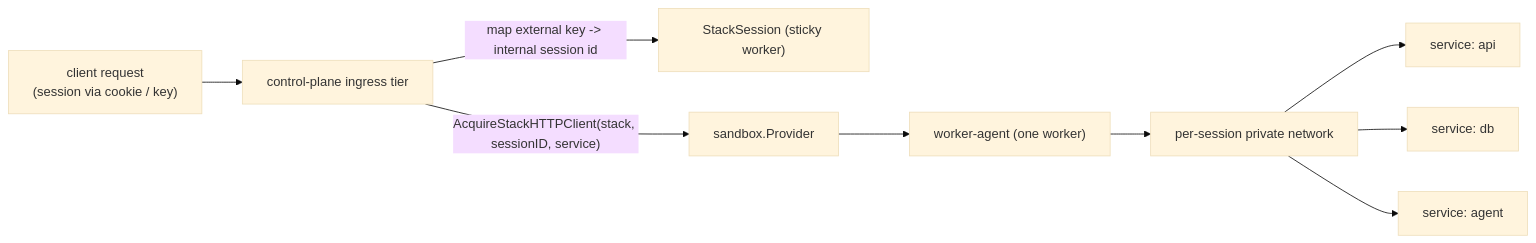
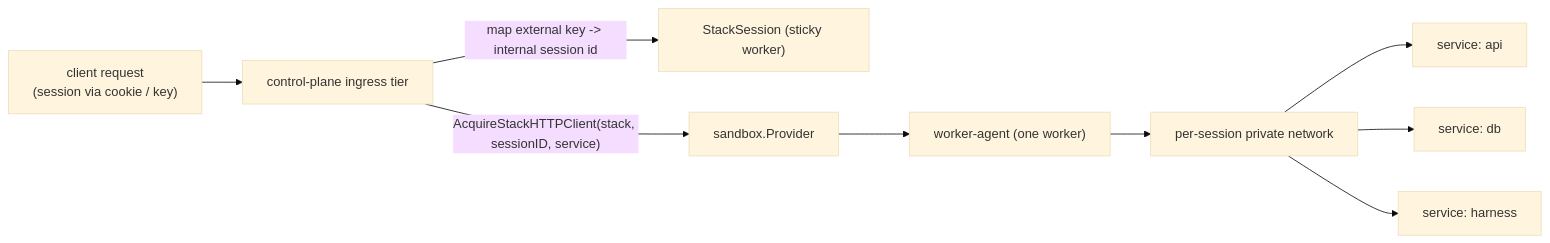
One commit to discobox-ai/discobox changed the first of 4 diagrams in docs/stacks.md. Above: the diagram before and after it, drawn with Mermaid (base theme). The commit also changed other lines of this file and 162 other files, not shown here.

First line of the commit message:
refactor: rename agent to harness for coding-CLI configuration

````diff
--- a/docs/stacks.md
+++ b/docs/stacks.md
@@ -20,11 +20,11 @@
 ```mermaid
 flowchart LR
     client["client request\n(session via cookie / key)"] --> ingress["control-plane ingress tier"]
     ingress -->|"map external key -> internal session id"| session["StackSession (sticky worker)"]
     ingress -->|"AcquireStackHTTPClient(stack, sessionID, service)"| provider["sandbox.Provider"]
     provider --> worker["worker-agent (one worker)"]
     worker --> net["per-session private network"]
     net --> svcA["service: api"]
     net --> svcB["service: db"]
-    net --> agent["service: agent"]
+    net --> harness["service: harness"]
 ```
````
